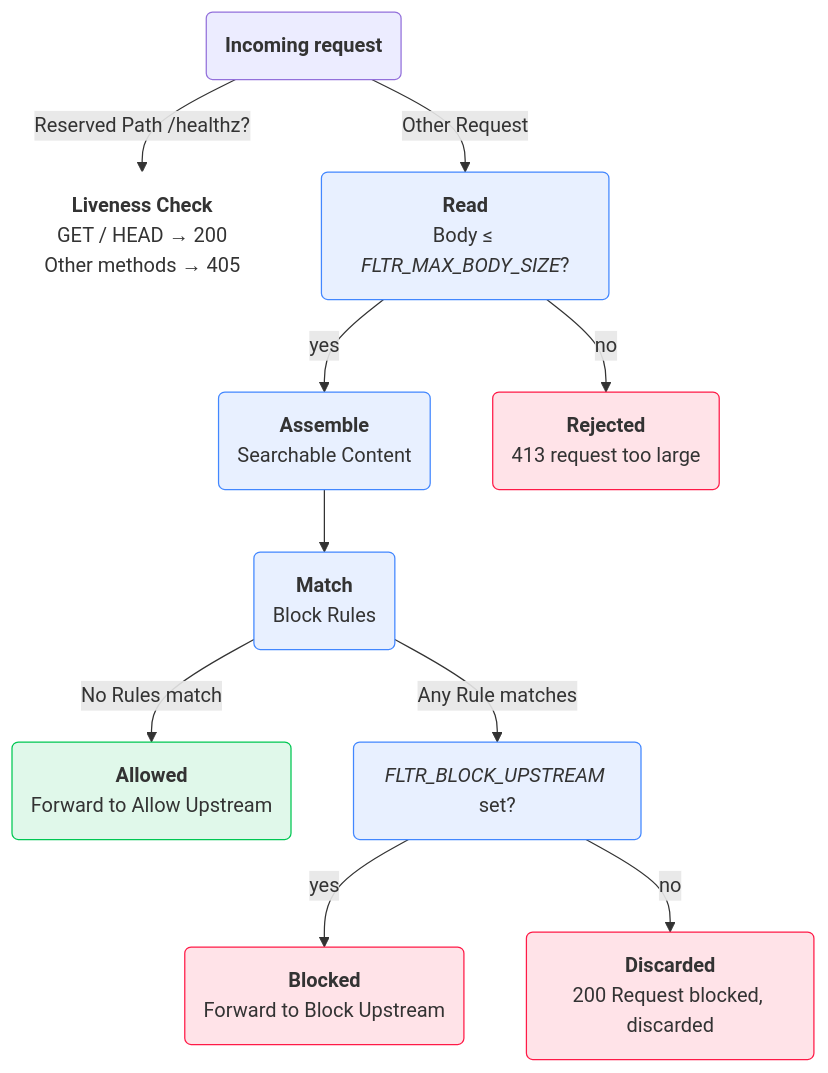
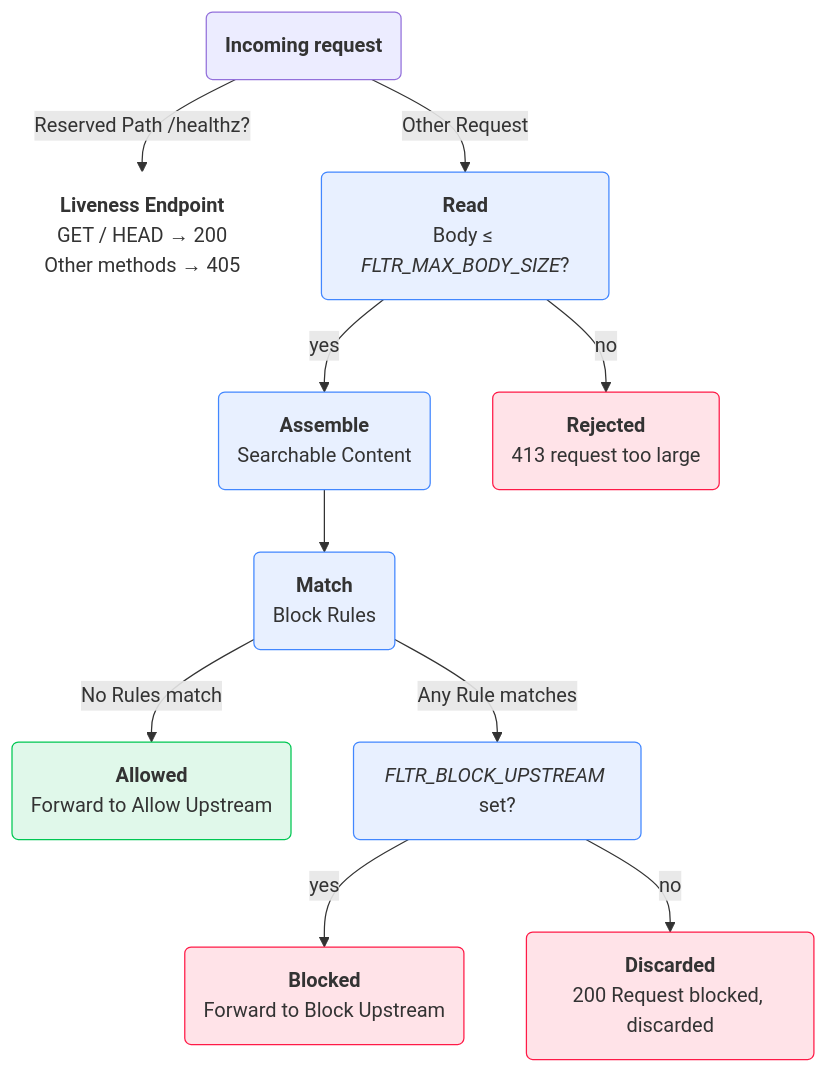
Before and after one commit to kfmndev/fltr: the second of 2 diagrams in docs/public/reference/how-it-works.md, drawn with Mermaid. The commit also changed 6 other files, not shown here.

````diff
--- a/docs/public/reference/how-it-works.md
+++ b/docs/public/reference/how-it-works.md
@@ -35,23 +35,23 @@
 ```mermaid
 flowchart TD
     A(<b>Incoming request</b>)
-    B(<b>Liveness Check</b><br/>GET / HEAD → 200<br/>Other methods → 405)
+    B(<b>Liveness Endpoint</b><br/>GET / HEAD → 200<br/>Other methods → 405)
     A -- Reserved Path /healthz? --> B
     A -- Other Request --> C(<b>Read</b><br>Body ≤ <i>FLTR_MAX_BODY_SIZE</i>?)
     C -- yes --> D(<b>Assemble</b><br>Searchable Content)
     C -- no --> E(<b>Rejected</b><br>413 request too large)
     D --> F(<b>Match</b><br>Block Rules)
     F -- No Rules match --> G(<b>Allowed</b><br>Forward to Allow Upstream)
     F -- Any Rule matches --> H(<i>FLTR_BLOCK_UPSTREAM</i> set?)
     H -- yes --> I(<b>Blocked</b><br>Forward to Block Upstream)
     H -- no --> J(<b>Discarded</b><br/>200 Request blocked, discarded)
 
     classDef grey fill:#ffffff1F,stroke:#ffffff
     classDef red fill:#ff1a471F,stroke:#ff1a47
     classDef green fill:#00c7531F,stroke:#00c753
     classDef blue fill:#4287ff1F,stroke:#4287ff
     class B grey
     class C,D,F,H blue
     class E,I,J red
     class G green
 ```
````
